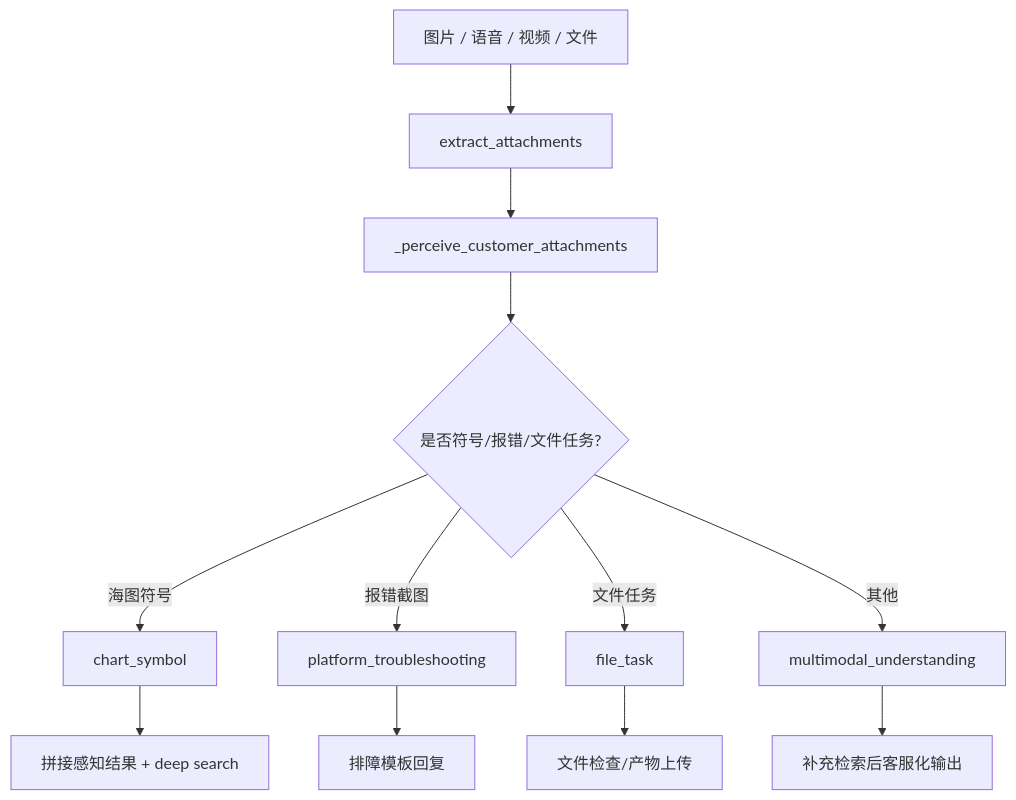
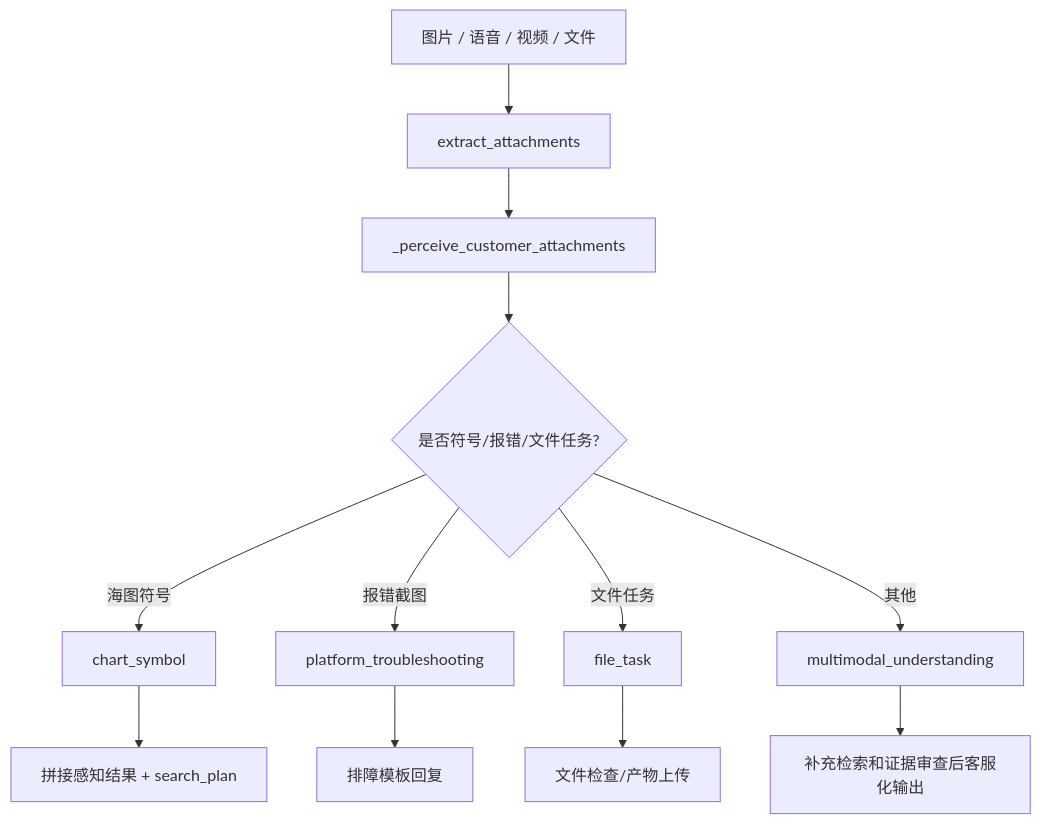
The sixth of 8 diagrams in docs/AGENT_TECHNICAL_DOCUMENTATION.md (lr12338/hifleet-agent), drawn with Mermaid before and after one commit. The commit also changed other lines of this file and 7 other files, not shown here.

````diff
--- a/docs/AGENT_TECHNICAL_DOCUMENTATION.md
+++ b/docs/AGENT_TECHNICAL_DOCUMENTATION.md
@@ -265,14 +321,14 @@
 ```mermaid
 flowchart TD
     A[图片 / 语音 / 视频 / 文件] --> B[extract_attachments]
     B --> C[_perceive_customer_attachments]
     C --> D{是否符号/报错/文件任务?}
     D -->|海图符号| E[chart_symbol]
     D -->|报错截图| F[platform_troubleshooting]
     D -->|文件任务| G[file_task]
     D -->|其他| H[multimodal_understanding]
-    E --> I[拼接感知结果 + deep search]
+    E --> I[拼接感知结果 + search_plan]
     F --> J[排障模板回复]
     G --> K[文件检查/产物上传]
-    H --> L[补充检索后客服化输出]
+    H --> L[补充检索和证据审查后客服化输出]
 ```
````
